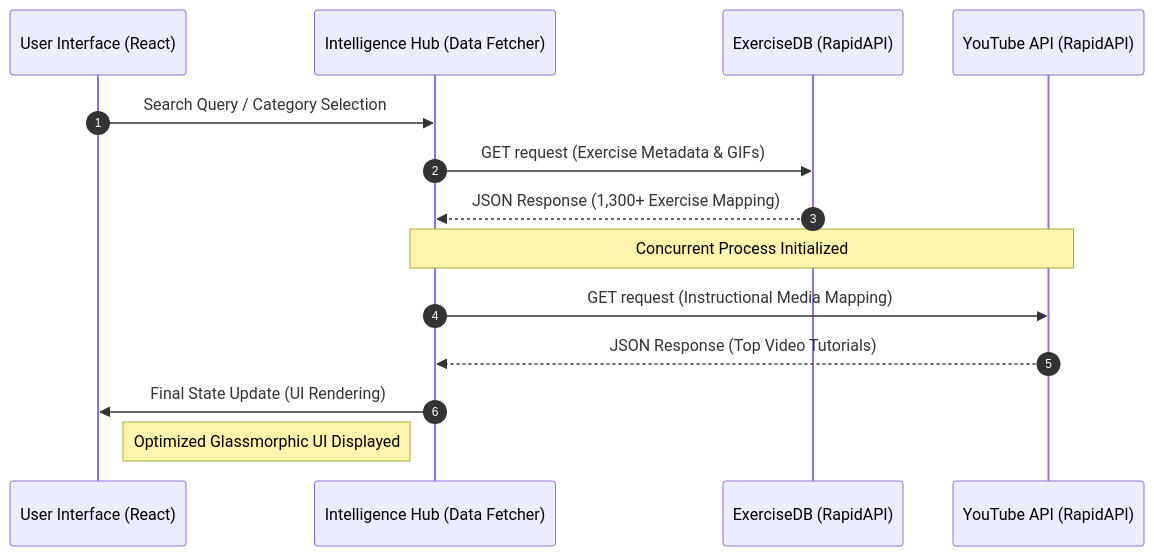
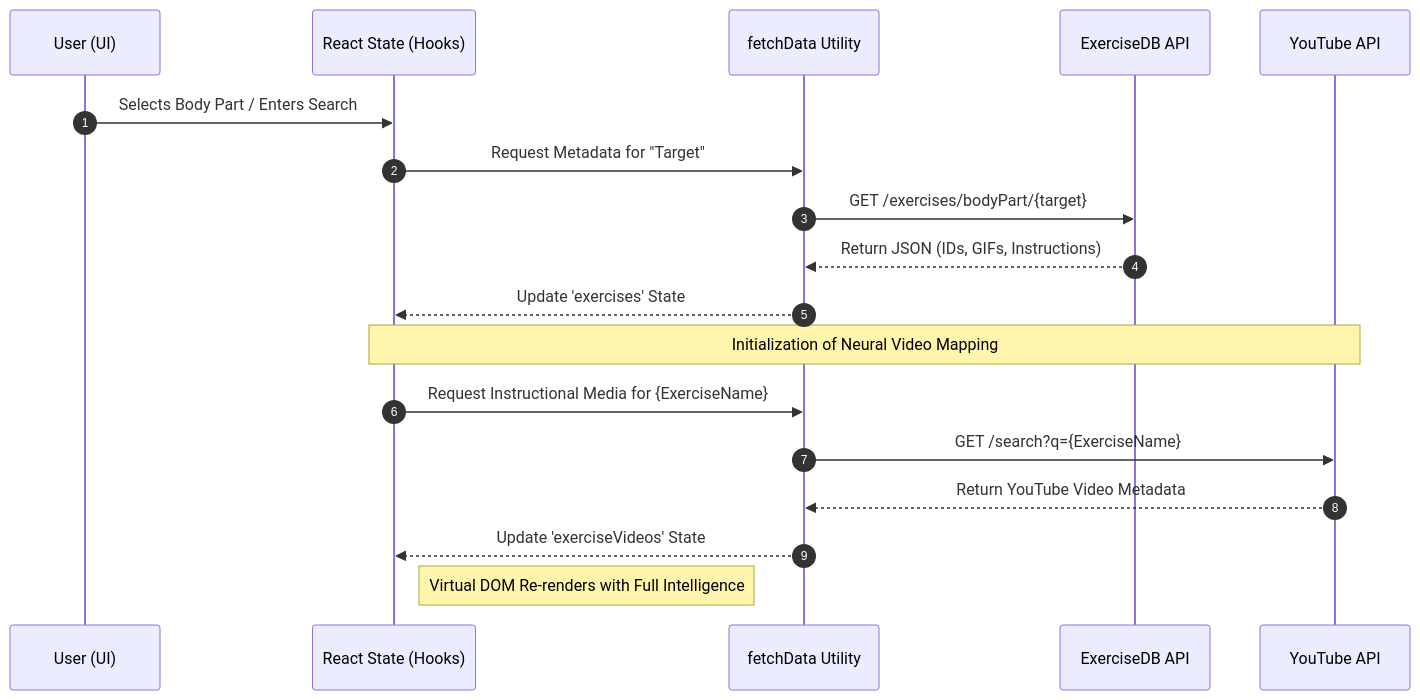
Before and after one commit to salonyranjan/Salony-s-Fitness-Club: the second of 3 diagrams in README.md, drawn with Mermaid. The commit also changed other lines of this file, not shown here.

First line of the commit message:
Revise README for project name and API setup

````diff
--- a/README.md
+++ b/README.md
@@ -154,20 +153,24 @@
 ```mermaid
 sequenceDiagram
     autonumber
-    participant U as User Interface (React)
-    participant H as Intelligence Hub (Data Fetcher)
-    participant E as ExerciseDB (RapidAPI)
-    participant Y as YouTube API (RapidAPI)
+    participant U as User (UI)
+    participant R as React State (Hooks)
+    participant F as fetchData Utility
+    participant E as ExerciseDB API
+    participant Y as YouTube API
 
-    U->>H: Search Query / Category Selection
-    H->>E: GET request (Exercise Metadata & GIFs)
-    E-->>H: JSON Response (1,300+ Exercise Mapping)
+    U->>R: Selects Body Part / Enters Search
+    R->>F: Request Metadata for "Target"
+    F->>E: GET /exercises/bodyPart/{target}
+    E-->>F: Return JSON (IDs, GIFs, Instructions)
+    F-->>R: Update 'exercises' State
     
-    Note over H,Y: Concurrent Process Initialized
+    Note over R,Y: Initialization of Neural Video Mapping
     
-    H->>Y: GET request (Instructional Media Mapping)
-    Y-->>H: JSON Response (Top Video Tutorials)
+    R->>F: Request Instructional Media for {ExerciseName}
+    F->>Y: GET /search?q={ExerciseName}
+    Y-->>F: Return YouTube Video Metadata
+    F-->>R: Update 'exerciseVideos' State
     
-    H->>U: Final State Update (UI Rendering)
-    Note right of U: Optimized Glassmorphic UI Displayed
+    Note right of R: Virtual DOM Re-renders with Full Intelligence
 ```
````
